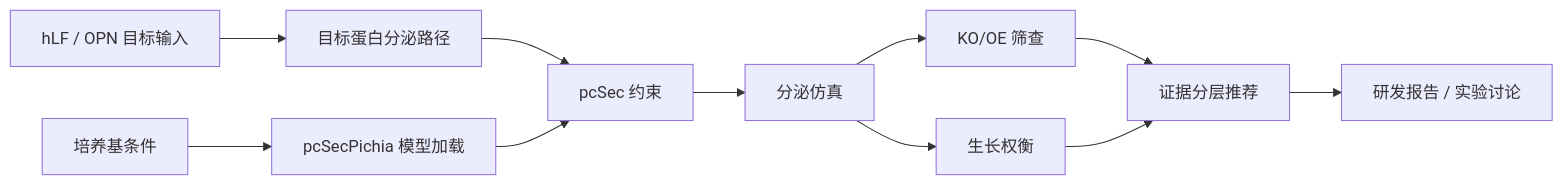
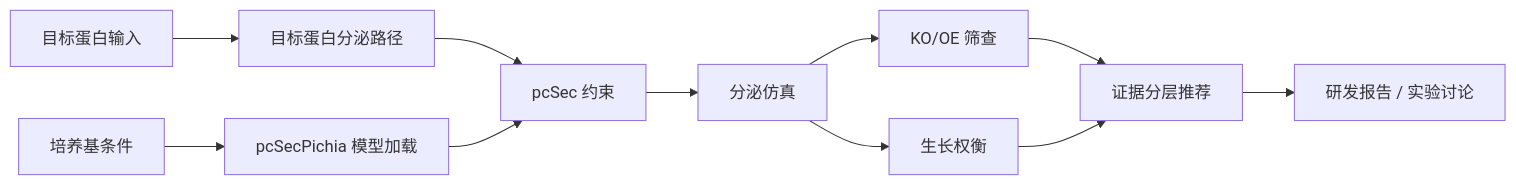
One commit to 77652189/pcSecYeastSpecies changed the first of 2 diagrams in README.zh.md. Above: the diagram before and after it, drawn with Mermaid. The commit also changed other lines of this file and 11 other files, not shown here.

````diff
--- a/README.zh.md
+++ b/README.zh.md
@@ -45,13 +45,13 @@
 ```mermaid
 flowchart LR
-    A["hLF / OPN 目标输入"] --> B["目标蛋白分泌路径"]
+    A["目标蛋白输入"] --> B["目标蛋白分泌路径"]
     C["培养基条件"] --> D["pcSecPichia 模型加载"]
     B --> E["pcSec 约束"]
     D --> E
     E --> F["分泌仿真"]
     F --> G["生长权衡"]
     F --> H["KO/OE 筛查"]
     H --> I["证据分层推荐"]
     G --> I
     I --> J["研发报告 / 实验讨论"]
 ```
````
